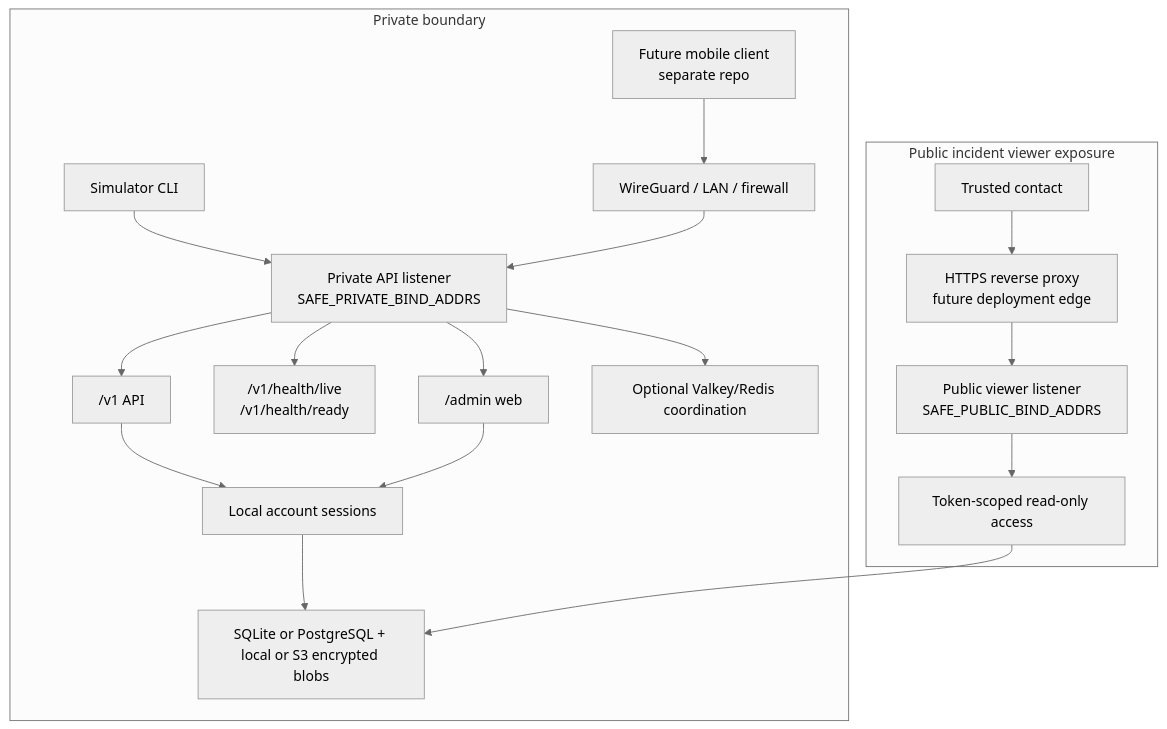
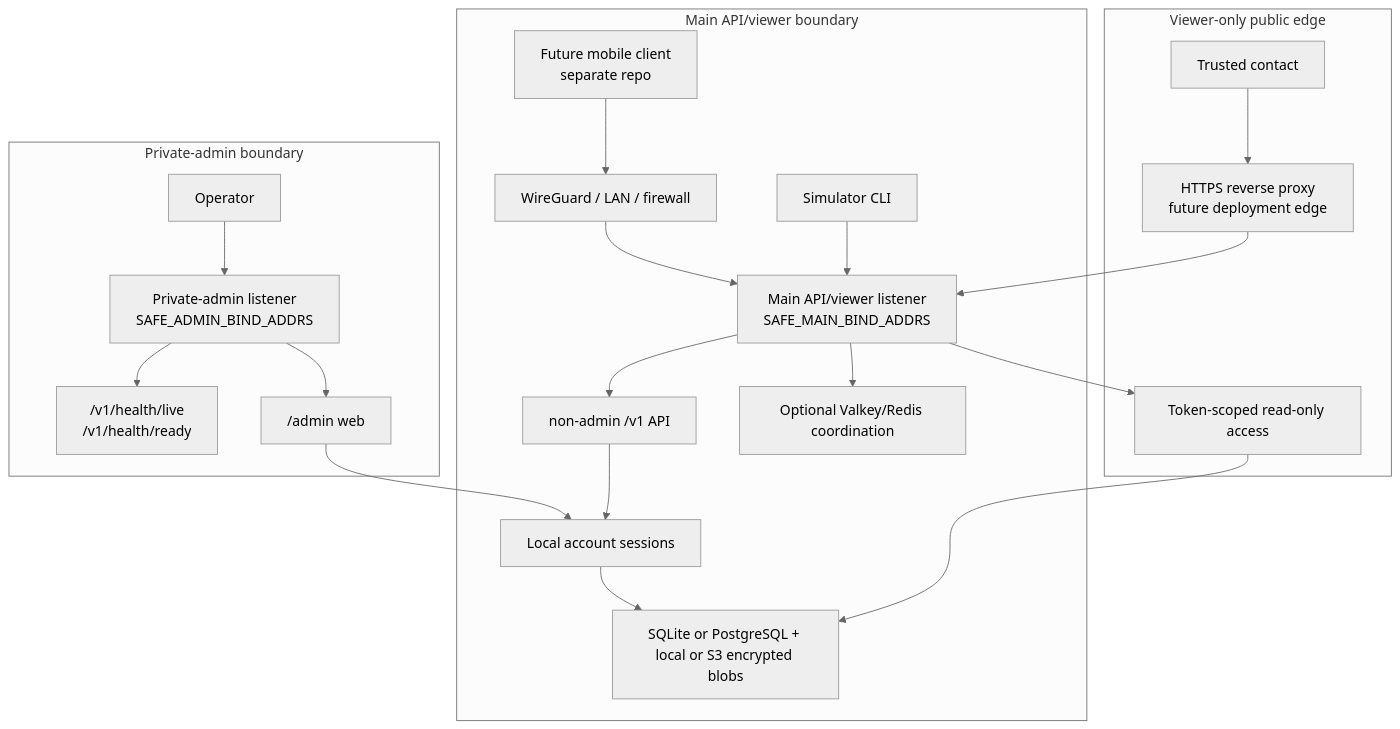
One commit to open-proofline/server changed the second of 4 diagrams in docs/architecture.md. Above: the diagram before and after it, drawn with Mermaid (neutral theme). The commit also changed other lines of this file and 62 other files, not shown here.

Commit message:
Move incident viewer onto main listener

````diff
--- a/docs/architecture.md
+++ b/docs/architecture.md
@@ -103,22 +105,26 @@
 ```mermaid
 flowchart TB
-    subgraph PrivateNetwork["Private boundary"]
+    subgraph MainBoundary["Main API/viewer boundary"]
         FuturePhone["Future mobile client<br/>separate repo"] --> WireGuard["WireGuard / LAN / firewall"]
-        Simulator["Simulator CLI"] --> PrivateListener["Private API listener<br/>SAFE_PRIVATE_BIND_ADDRS"]
-        WireGuard --> PrivateListener
-        PrivateListener --> V1["/v1 API"]
-        PrivateListener --> Health["/v1/health/live<br/>/v1/health/ready"]
-        PrivateListener --> AdminWeb["/admin web"]
+        Simulator["Simulator CLI"] --> MainListener["Main API/viewer listener<br/>SAFE_MAIN_BIND_ADDRS"]
+        WireGuard --> MainListener
+        MainListener --> V1["non-admin /v1 API"]
         V1 --> Auth["Local account sessions"]
-        AdminWeb --> Auth
         Auth --> Storage["SQLite or PostgreSQL + local or S3 encrypted blobs"]
-        PrivateListener --> Coordination["Optional Valkey/Redis coordination"]
+        MainListener --> Coordination["Optional Valkey/Redis coordination"]
     end
 
-    subgraph PublicEdge["Public incident viewer exposure"]
+    subgraph PublicEdge["Viewer-only public edge"]
         TrustedContact["Trusted contact"] --> HTTPS["HTTPS reverse proxy<br/>future deployment edge"]
-        HTTPS --> PublicListener["Public viewer listener<br/>SAFE_PUBLIC_BIND_ADDRS"]
-        PublicListener --> ReadOnly["Token-scoped read-only access"]
+        HTTPS --> MainListener
+        MainListener --> ReadOnly["Token-scoped read-only access"]
         ReadOnly --> Storage
     end
+
+    subgraph AdminBoundary["Private-admin boundary"]
+        AdminClient["Operator"] --> AdminListener["Private-admin listener<br/>SAFE_ADMIN_BIND_ADDRS"]
+        AdminListener --> Health["/v1/health/live<br/>/v1/health/ready"]
+        AdminListener --> AdminWeb["/admin web"]
+        AdminWeb --> Auth
+    end
 ```
````
